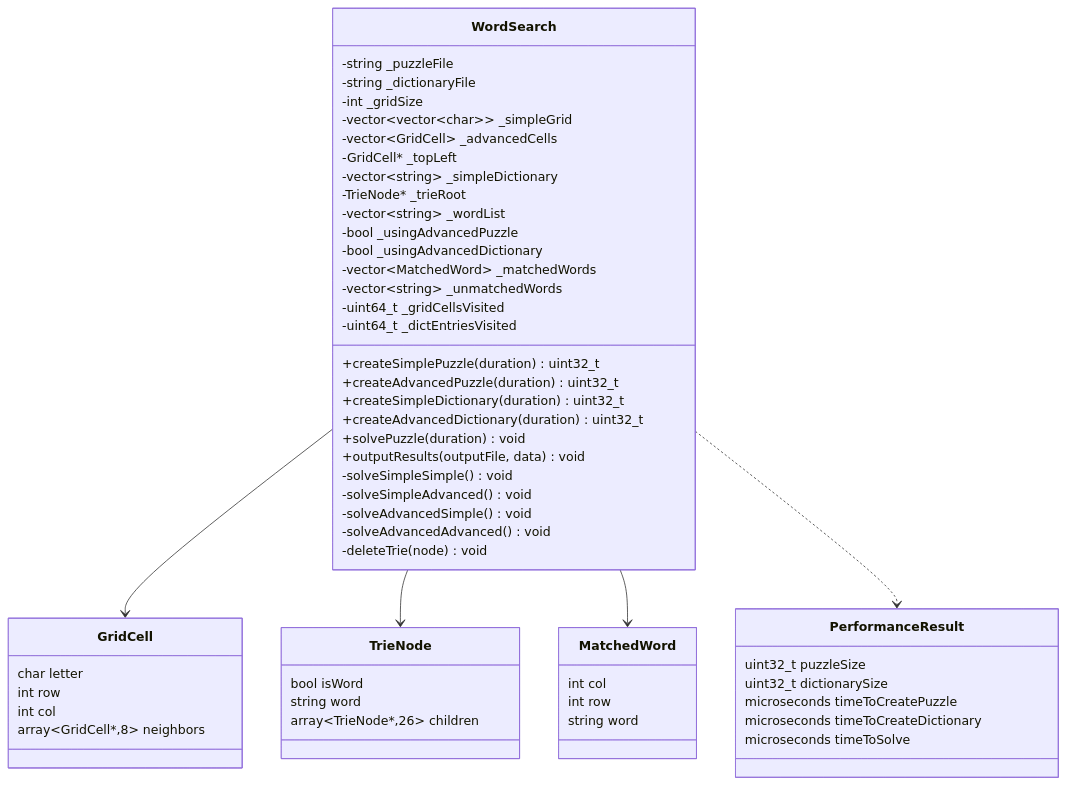
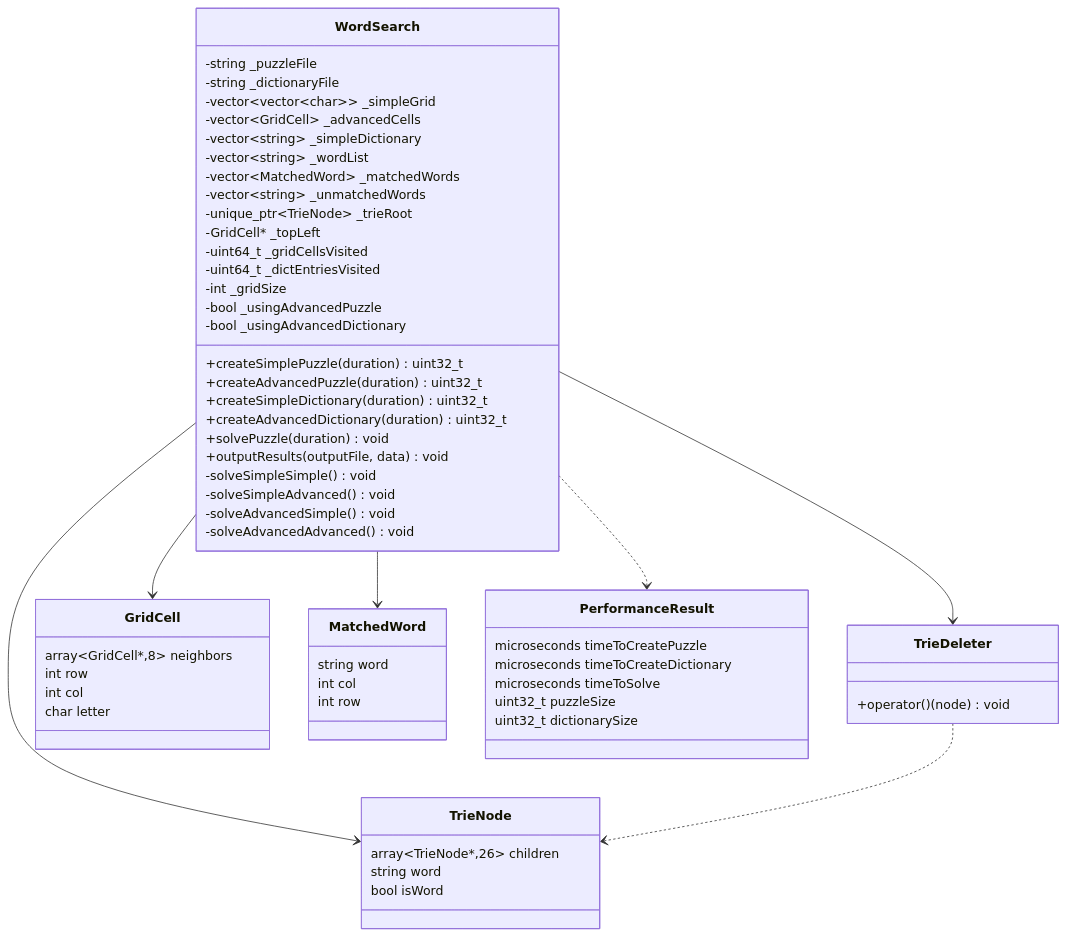
One commit to Eduard667/WordSearch-FinalLab changed the diagram in ReadMe.md. Above: the diagram before and after it, drawn with Mermaid. The commit also changed other lines of this file, not shown here.

````diff
--- a/ReadMe.md
+++ b/ReadMe.md
@@ -172,64 +146,69 @@
 ```mermaid
 classDiagram
 
 class WordSearch {
   -string _puzzleFile
   -string _dictionaryFile
-  -int _gridSize
   -vector~vector~char~~ _simpleGrid
   -vector~GridCell~ _advancedCells
+  -vector~string~ _simpleDictionary
+  -vector~string~ _wordList
+  -vector~MatchedWord~ _matchedWords
+  -vector~string~ _unmatchedWords
+  -unique_ptr~TrieNode~ _trieRoot
   -GridCell* _topLeft
-  -vector~string~ _simpleDictionary
-  -TrieNode* _trieRoot
-  -vector~string~ _wordList
+  -uint64_t _gridCellsVisited
+  -uint64_t _dictEntriesVisited
+  -int _gridSize
   -bool _usingAdvancedPuzzle
   -bool _usingAdvancedDictionary
-  -vector~MatchedWord~ _matchedWords
-  -vector~string~ _unmatchedWords
-  -uint64_t _gridCellsVisited
-  -uint64_t _dictEntriesVisited
   +createSimplePuzzle(duration) uint32_t
   +createAdvancedPuzzle(duration) uint32_t
   +createSimpleDictionary(duration) uint32_t
   +createAdvancedDictionary(duration) uint32_t
   +solvePuzzle(duration) void
   +outputResults(outputFile, data) void
   -solveSimpleSimple() void
   -solveSimpleAdvanced() void
   -solveAdvancedSimple() void
   -solveAdvancedAdvanced() void
-  -deleteTrie(node) void
+}
+
+class TrieDeleter {
+  +operator()(node) void
 }
 
 class GridCell {
-  char letter
+  array~GridCell*,8~ neighbors
   int row
   int col
-  array~GridCell*,8~ neighbors
+  char letter
 }
 
 class TrieNode {
+  array~TrieNode*,26~ children
+  string word
   bool isWord
-  string word
-  array~TrieNode*,26~ children
 }
 
 class MatchedWord {
+  string word
   int col
   int row
-  string word
 }
 
 class PerformanceResult {
-  uint32_t puzzleSize
-  uint32_t dictionarySize
   microseconds timeToCreatePuzzle
   microseconds timeToCreateDictionary
   microseconds timeToSolve
+  uint32_t puzzleSize
+  uint32_t dictionarySize
 }
 
 WordSearch --> GridCell
 WordSearch --> TrieNode
+WordSearch --> TrieDeleter
 WordSearch --> MatchedWord
 WordSearch ..> PerformanceResult
+TrieDeleter ..> TrieNode
 ```
````
